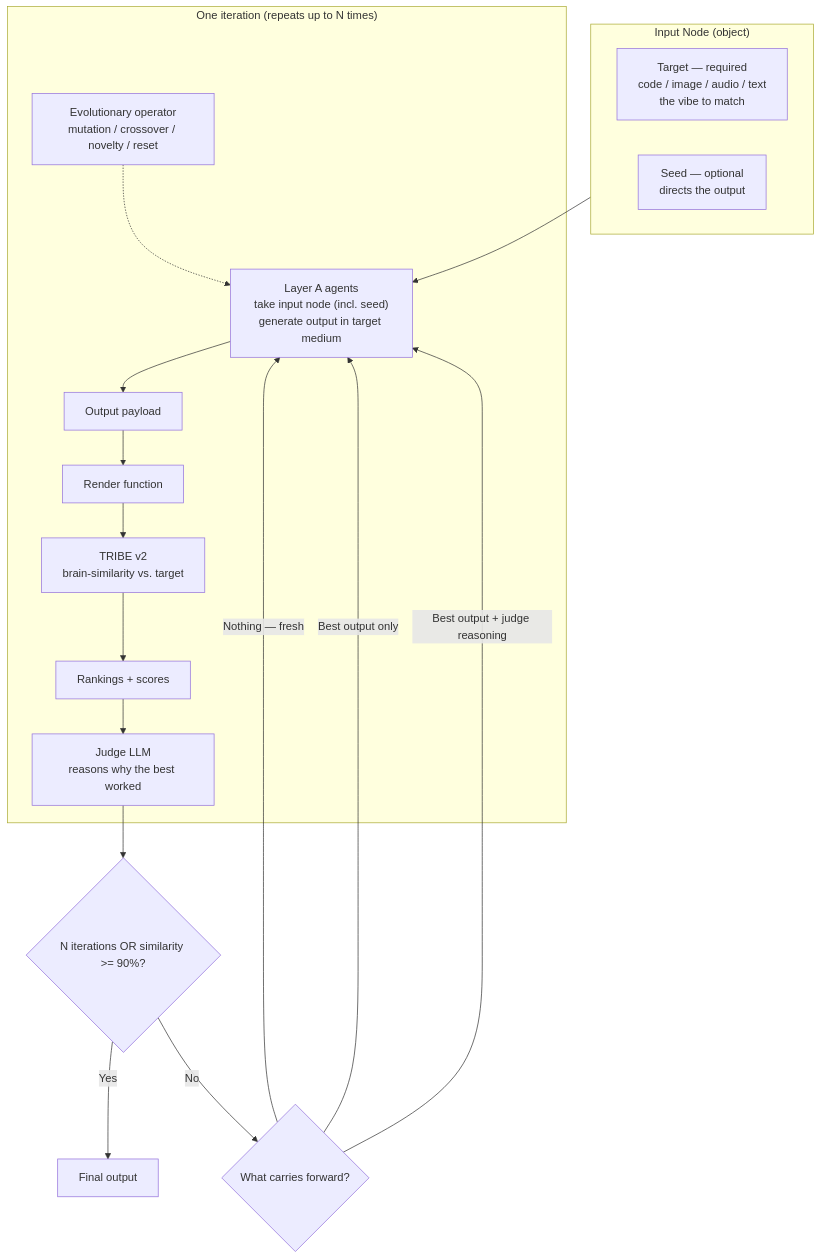
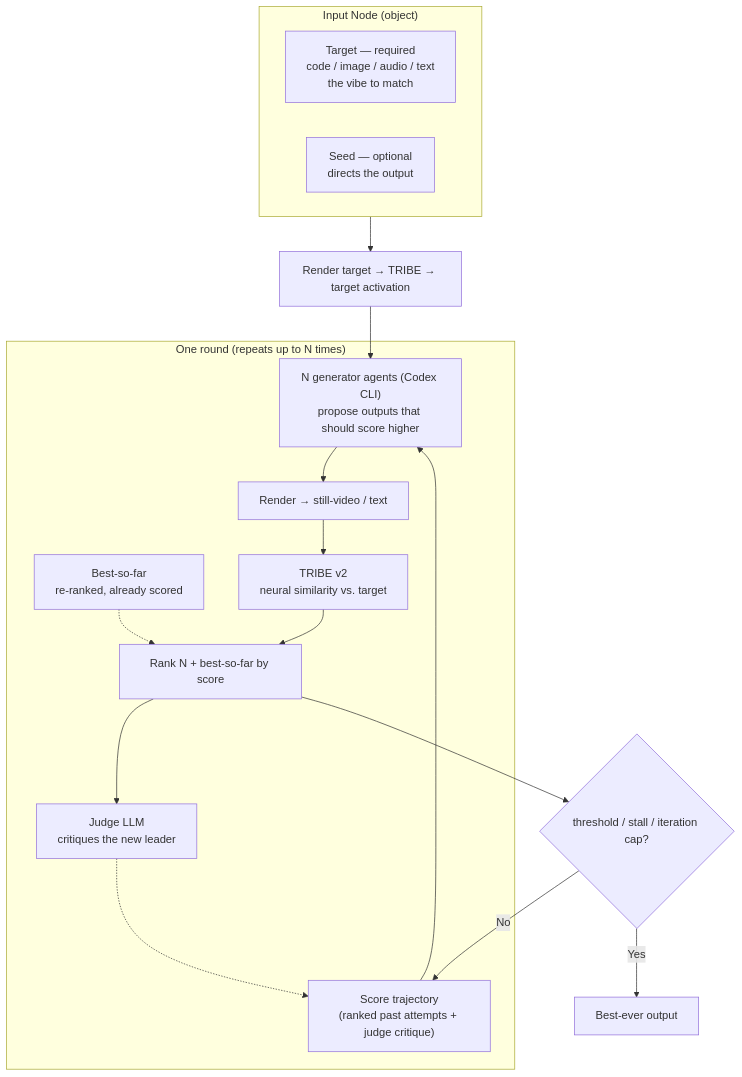
The diagram in docs/ARCHITECTURE.md (EvanZhouDev/felt-1), drawn with Mermaid before and after one commit. The commit also changed other lines of this file and 63 other files, not shown here.

````diff
--- a/docs/ARCHITECTURE.md
+++ b/docs/ARCHITECTURE.md
@@ -59,24 +77,22 @@
 ```mermaid
 flowchart TD
     subgraph InputNode["Input Node (object)"]
         Target["Target — required<br>code / image / audio / text<br>the vibe to match"]
         Seed["Seed — optional<br>directs the output"]
     end
-    InputNode --> Agents
-    subgraph Iteration["One iteration (repeats up to N times)"]
-        Agents["Layer A agents<br>take input node (incl. seed)<br>generate output in target medium"]
-        Operator["Evolutionary operator<br>mutation / crossover / novelty / reset"]
-        Operator -.-> Agents
-        Agents --> Payload["Output payload"]
-        Payload --> Render["Render function"]
-        Render --> Tribe["TRIBE v2<br>brain-similarity vs. target"]
-        Tribe --> Rank["Rankings + scores"]
-        Rank --> Judge["Judge LLM<br>reasons why the best worked"]
+    InputNode --> Target0["Render target → TRIBE → target activation"]
+    Target0 --> Agents
+    subgraph Iteration["One round (repeats up to N times)"]
+        Traj["Score trajectory<br>(ranked past attempts + judge critique)"] --> Agents
+        Agents["N generator agents (Codex CLI)<br>propose outputs that should score higher"]
+        Best["Best-so-far<br>re-ranked, already scored"] -.-> Rank
+        Agents --> Render["Render → still-video / text"]
+        Render --> Tribe["TRIBE v2<br>neural similarity vs. target"]
+        Tribe --> Rank["Rank N + best-so-far by score"]
+        Rank --> Judge["Judge LLM<br>critiques the new leader"]
+        Judge -.-> Traj
     end
-    Judge --> Terminate{"N iterations OR similarity >= 90%?"}
-    Terminate -->|Yes| Final["Final output"]
-    Terminate -->|No| NextGen{"What carries forward?"}
-    NextGen -->|"Nothing — fresh"| Agents
-    NextGen -->|"Best output only"| Agents
-    NextGen -->|"Best output + judge reasoning"| Agents
+    Rank --> Terminate{"threshold / stall / iteration cap?"}
+    Terminate -->|Yes| Final["Best-ever output"]
+    Terminate -->|No| Traj
 ```
````
